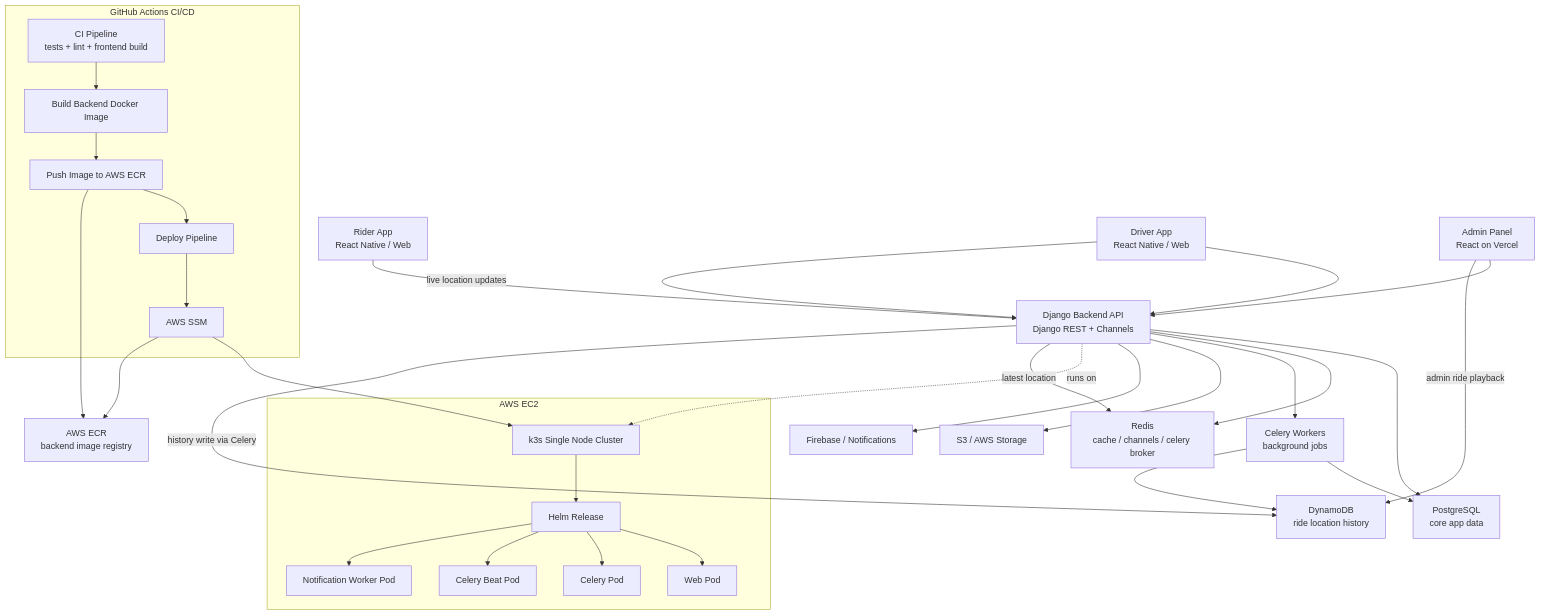
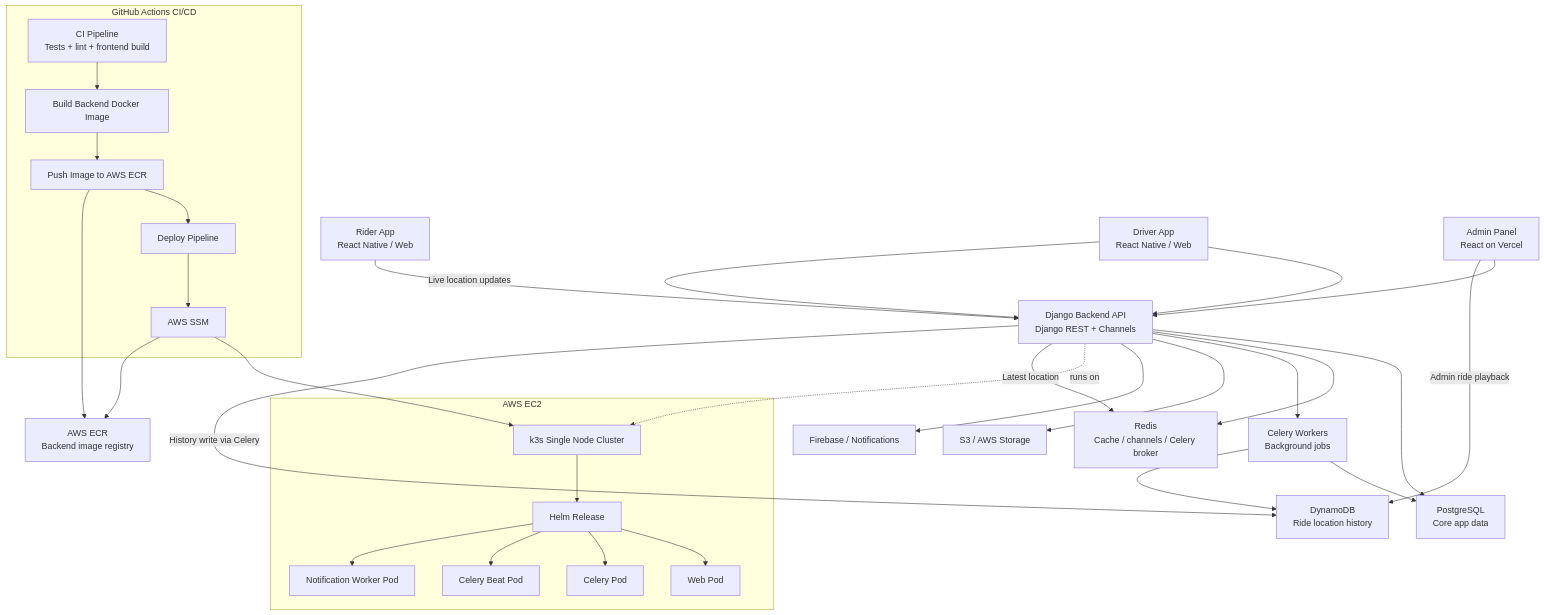
The diagram in README.md (thabsheerporuthiyil/Locomotion), drawn with Mermaid before and after one commit. The commit also changed other lines of this file, not shown here.

````diff
--- a/README.md
+++ b/README.md
@@ -727,54 +803,54 @@
 ```mermaid
 flowchart TD
-    A[Rider App<br/>React Native / Web]
-    B[Driver App<br/>React Native / Web]
-    C[Admin Panel<br/>React on Vercel]
+    A["Rider App<br/>React Native / Web"]
+    B["Driver App<br/>React Native / Web"]
+    C["Admin Panel<br/>React on Vercel"]
 
-    A --> D[Django Backend API<br/>Django REST + Channels]
+    A --> D["Django Backend API<br/>Django REST + Channels"]
     B --> D
     C --> D
 
-    D --> E[PostgreSQL<br/>core app data]
-    D --> F[Redis<br/>cache / channels / celery broker]
-    D --> G[Celery Workers<br/>background jobs]
+    D --> E["PostgreSQL<br/>Core app data"]
+    D --> F["Redis<br/>Cache / channels / Celery broker"]
+    D --> G["Celery Workers<br/>Background jobs"]
     G --> E
-    G --> H[DynamoDB<br/>ride location history]
-    D --> I[S3 / AWS Storage]
-    D --> J[Firebase / Notifications]
+    G --> H["DynamoDB<br/>Ride location history"]
+    D --> I["S3 / AWS Storage"]
+    D --> J["Firebase / Notifications"]
 
-    subgraph AWS EC2
-        K[k3s Single Node Cluster]
-        L[Helm Release]
-        M[Web Pod]
-        N[Celery Pod]
-        O[Celery Beat Pod]
-        P[Notification Worker Pod]
+    subgraph AWS["AWS EC2"]
+        K["k3s Single Node Cluster"]
+        L["Helm Release"]
+        M["Web Pod"]
+        N["Celery Pod"]
+        O["Celery Beat Pod"]
+        P["Notification Worker Pod"]
     end
 
     D -. runs on .-> K
     K --> L
     L --> M
     L --> N
     L --> O
     L --> P
 
-    subgraph CI_CD[GitHub Actions CI/CD]
-        Q[CI Pipeline<br/>tests + lint + frontend build]
-        R[Build Backend Docker Image]
-        S[Push Image to AWS ECR]
-        T[Deploy Pipeline]
-        U[AWS SSM]
+    subgraph CICD["GitHub Actions CI/CD"]
+        Q["CI Pipeline<br/>Tests + lint + frontend build"]
+        R["Build Backend Docker Image"]
+        S["Push Image to AWS ECR"]
+        T["Deploy Pipeline"]
+        U["AWS SSM"]
     end
 
     Q --> R --> S --> T --> U --> K
 
-    V[AWS ECR<br/>backend image registry]
+    V["AWS ECR<br/>Backend image registry"]
     S --> V
     U --> V
 
-    B -->|live location updates| D
-    D -->|latest location| F
-    D -->|history write via Celery| H
-    C -->|admin ride playback| H
+    B -->|"Live location updates"| D
+    D -->|"Latest location"| F
+    D -->|"History write via Celery"| H
+    C -->|"Admin ride playback"| H
 
 ```
````
